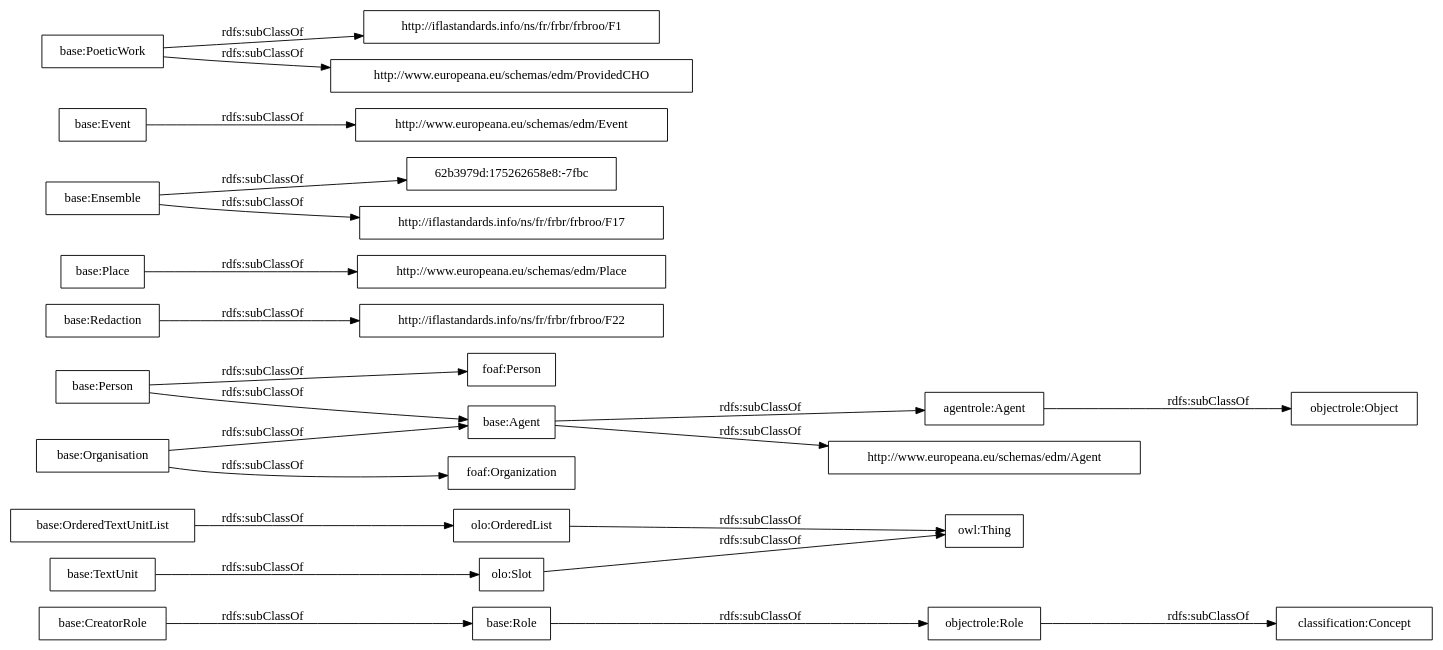
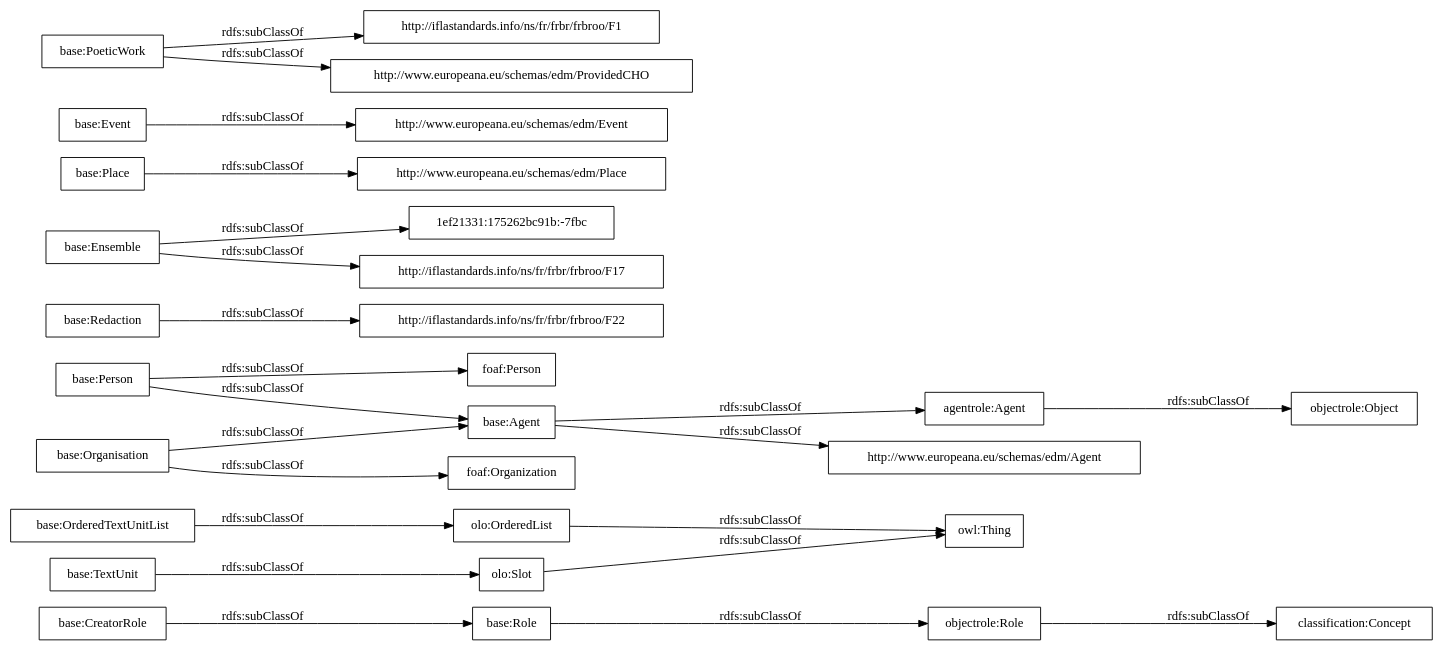
One commit to OnToologyUser/core-ontology-1 changed the diagram in OnToology/postdata-core.owl/diagrams/ar2dtool-taxonomy/postdata-core.owl.png.dot. Above: the diagram before and after it, drawn with Graphviz. The commit also changed 14 other files, not shown here.

```diff
--- a/OnToology/postdata-core.owl/diagrams/ar2dtool-taxonomy/postdata-core.owl.png.dot
+++ b/OnToology/postdata-core.owl/diagrams/ar2dtool-taxonomy/postdata-core.owl.png.dot
@@ -1,27 +1,27 @@
 digraph ar2dtool_diagram { 
 rankdir=LR;
 size="1000"
-node [shape = rectangle, color="black"]; "base:Role" "base:OrderedTextUnitList" "agentrole:Agent" "http://iflastandards.info/ns/fr/frbr/frbroo/F22" "http://www.europeana.eu/schemas/edm/Agent" "base:Agent" "base:CreatorRole" "base:Person" "base:Organisation" "http://www.europeana.eu/schemas/edm/Place" "base:Redaction" "base:Ensemble" "foaf:Person" "http://www.europeana.eu/schemas/edm/Event" "62b3979d:175262658e8:-7fbc" "base:TextUnit" "http://iflastandards.info/ns/fr/frbr/frbroo/F1" "foaf:Organization" "http://www.europeana.eu/schemas/edm/ProvidedCHO" "base:Place" "base:Event" "base:PoeticWork" "http://iflastandards.info/ns/fr/frbr/frbroo/F17" "owl:Thing" "objectrole:Role" "objectrole:Object" "olo:Slot" "olo:OrderedList" "classification:Concept" ; /*classes style*/
+node [shape = rectangle, color="black"]; "base:Role" "base:OrderedTextUnitList" "agentrole:Agent" "http://iflastandards.info/ns/fr/frbr/frbroo/F22" "http://www.europeana.eu/schemas/edm/Agent" "base:Agent" "base:CreatorRole" "base:Person" "base:Organisation" "1ef21331:175262bc91b:-7fbc" "http://www.europeana.eu/schemas/edm/Place" "base:Redaction" "base:Ensemble" "foaf:Person" "http://www.europeana.eu/schemas/edm/Event" "base:TextUnit" "http://iflastandards.info/ns/fr/frbr/frbroo/F1" "foaf:Organization" "http://www.europeana.eu/schemas/edm/ProvidedCHO" "base:Place" "base:Event" "base:PoeticWork" "http://iflastandards.info/ns/fr/frbr/frbroo/F17" "owl:Thing" "objectrole:Role" "objectrole:Object" "olo:Slot" "olo:OrderedList" "classification:Concept" ; /*classes style*/
 	"base:Redaction" -> "http://iflastandards.info/ns/fr/frbr/frbroo/F22" [ label = "rdfs:subClassOf" ];
 	"base:Role" -> "objectrole:Role" [ label = "rdfs:subClassOf" ];
 	"base:Event" -> "http://www.europeana.eu/schemas/edm/Event" [ label = "rdfs:subClassOf" ];
 	"base:Person" -> "foaf:Person" [ label = "rdfs:subClassOf" ];
 	"base:Person" -> "base:Agent" [ label = "rdfs:subClassOf" ];
 	"olo:OrderedList" -> "owl:Thing" [ label = "rdfs:subClassOf" ];
 	"olo:Slot" -> "owl:Thing" [ label = "rdfs:subClassOf" ];
 	"base:PoeticWork" -> "http://www.europeana.eu/schemas/edm/ProvidedCHO" [ label = "rdfs:subClassOf" ];
 	"base:PoeticWork" -> "http://iflastandards.info/ns/fr/frbr/frbroo/F1" [ label = "rdfs:subClassOf" ];
 	"base:TextUnit" -> "olo:Slot" [ label = "rdfs:subClassOf" ];
 	"agentrole:Agent" -> "objectrole:Object" [ label = "rdfs:subClassOf" ];
-	"base:Ensemble" -> "62b3979d:175262658e8:-7fbc" [ label = "rdfs:subClassOf" ];
+	"base:Ensemble" -> "1ef21331:175262bc91b:-7fbc" [ label = "rdfs:subClassOf" ];
 	"base:Ensemble" -> "http://iflastandards.info/ns/fr/frbr/frbroo/F17" [ label = "rdfs:subClassOf" ];
 	"base:OrderedTextUnitList" -> "olo:OrderedList" [ label = "rdfs:subClassOf" ];
 	"base:Agent" -> "agentrole:Agent" [ label = "rdfs:subClassOf" ];
 	"base:Agent" -> "http://www.europeana.eu/schemas/edm/Agent" [ label = "rdfs:subClassOf" ];
 	"objectrole:Role" -> "classification:Concept" [ label = "rdfs:subClassOf" ];
 	"base:Place" -> "http://www.europeana.eu/schemas/edm/Place" [ label = "rdfs:subClassOf" ];
 	"base:Organisation" -> "foaf:Organization" [ label = "rdfs:subClassOf" ];
 	"base:Organisation" -> "base:Agent" [ label = "rdfs:subClassOf" ];
 	"base:CreatorRole" -> "base:Role" [ label = "rdfs:subClassOf" ];
 
 }
```
